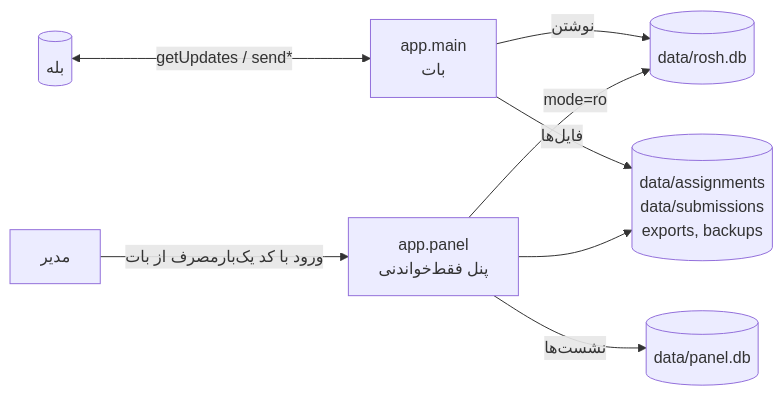
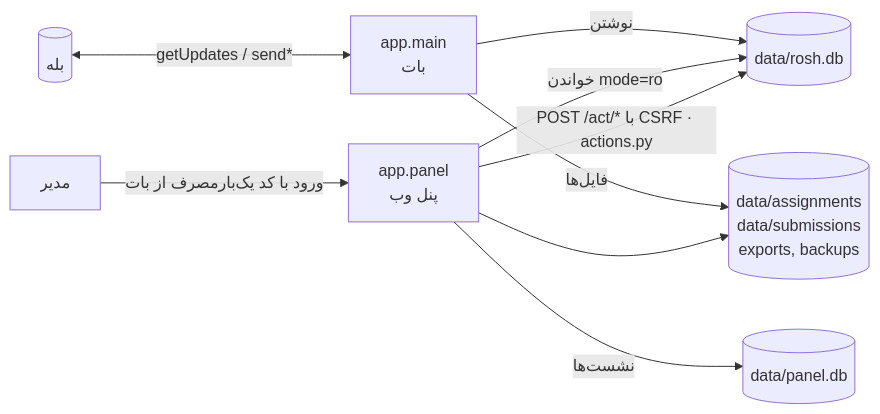
Before and after one commit to amirazizi012/rosh_bot: the second of 2 diagrams in docs/MAP.md, drawn with Mermaid. The commit also changed other lines of this file and 15 other files, not shown here.

````diff
--- a/docs/MAP.md
+++ b/docs/MAP.md
@@ -61,10 +65,11 @@
 ```mermaid
 flowchart LR
   B[(بله)] <-->|getUpdates / send*| BOT[app.main<br/>بات]
   BOT -->|نوشتن| DB[(data/rosh.db)]
   BOT -->|فایل‌ها| FS[(data/assignments<br/>data/submissions<br/>exports, backups)]
-  PANEL[app.panel<br/>پنل فقط‌خواندنی] -->|mode=ro| DB
+  PANEL[app.panel<br/>پنل وب] -->|خواندن mode=ro| DB
+  PANEL -->|POST /act/* با CSRF · actions.py| DB
   PANEL -->|نشست‌ها| PDB[(data/panel.db)]
   PANEL --> FS
   ADM[مدیر] -->|ورود با کد یک‌بارمصرف از بات| PANEL
 ```
````
